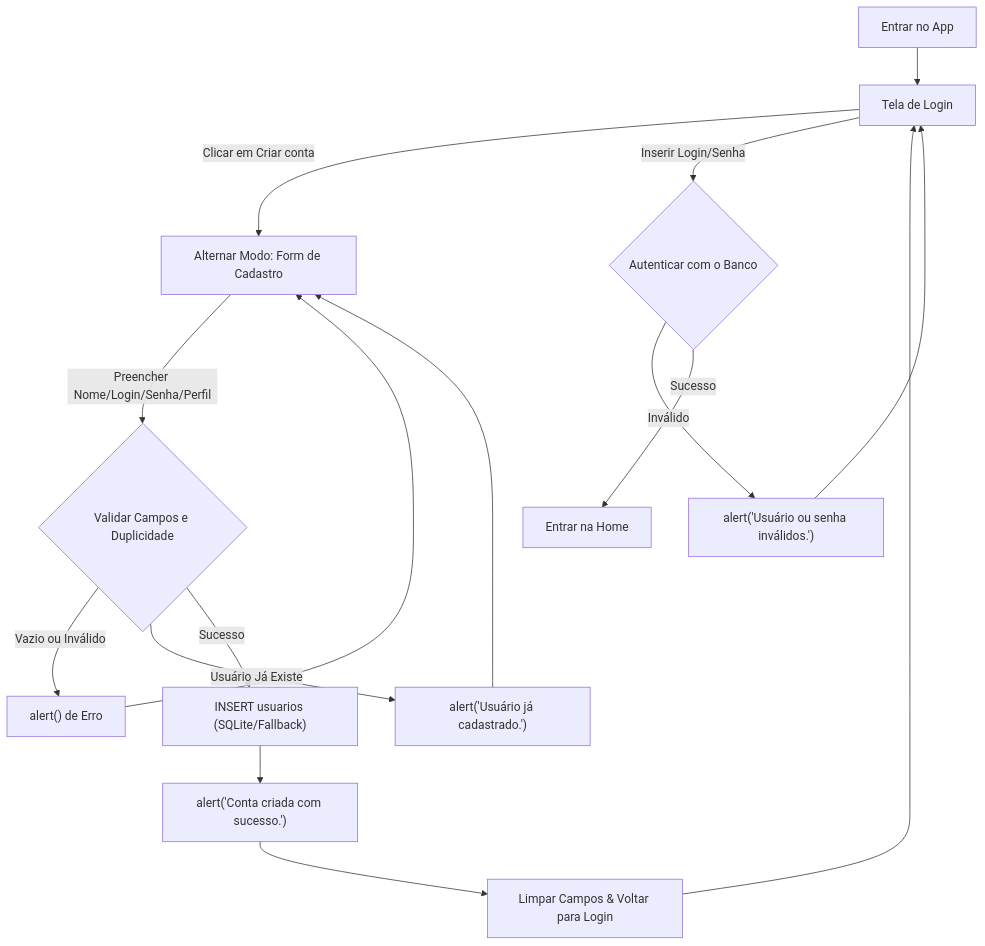
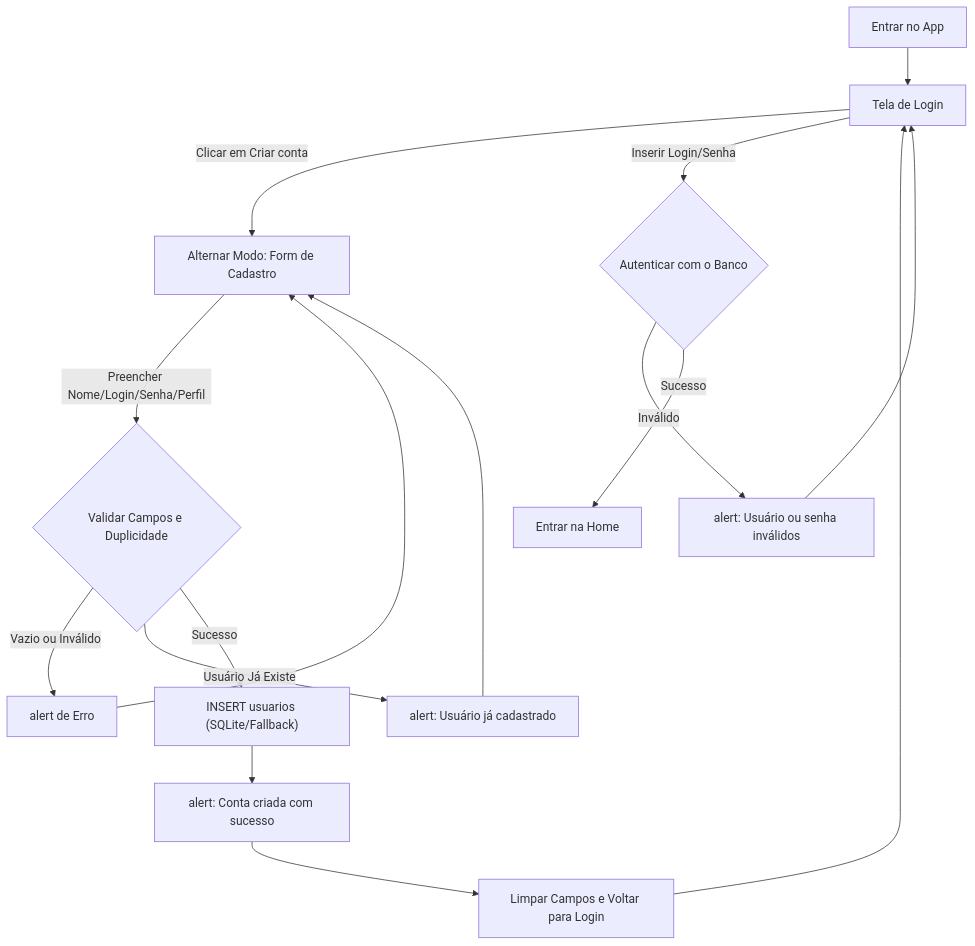
The sixth of 11 diagrams in README.md (EduardoHenrrykSimonato/sistema-gestao-comercial), drawn with Mermaid before and after one commit. The commit also changed other lines of this file and 3 other files, not shown here.

Commit message:
docs: auditoria e sincronizacao de todos os diagramas Mermaid do projeto

````diff
--- a/README.md
+++ b/README.md
@@ -333,14 +424,14 @@
 ```mermaid
 flowchart TD
     Start["Entrar no App"] --> Login["Tela de Login"]
     Login --> |"Clicar em Criar conta"| FormCad["Alternar Modo: Form de Cadastro"]
     FormCad --> |"Preencher Nome/Login/Senha/Perfil"| ValidCad{"Validar Campos e Duplicidade"}
-    ValidCad -- "Vazio ou Inválido" --> AlertCadErr["alert() de Erro"] --> FormCad
-    ValidCad -- "Usuário Já Existe" --> AlertDup["alert('Usuário já cadastrado.')"] --> FormCad
+    ValidCad -- "Vazio ou Inválido" --> AlertCadErr["alert de Erro"] --> FormCad
+    ValidCad -- "Usuário Já Existe" --> AlertDup["alert: Usuário já cadastrado"] --> FormCad
     ValidCad -- "Sucesso" --> InsertCad["INSERT usuarios (SQLite/Fallback)"]
-    InsertCad --> AlertSucCad["alert('Conta criada com sucesso.')"]
-    AlertSucCad --> ClearCad["Limpar Campos & Voltar para Login"] --> Login
+    InsertCad --> AlertSucCad["alert: Conta criada com sucesso"]
+    AlertSucCad --> ClearCad["Limpar Campos e Voltar para Login"] --> Login
     Login --> |"Inserir Login/Senha"| Authenticate{"Autenticar com o Banco"}
-    Authenticate -- "Inválido" --> AlertErrLogin["alert('Usuário ou senha inválidos.')"] --> Login
+    Authenticate -- "Inválido" --> AlertErrLogin["alert: Usuário ou senha inválidos"] --> Login
     Authenticate -- "Sucesso" --> Home["Entrar na Home"]
 ```
````
